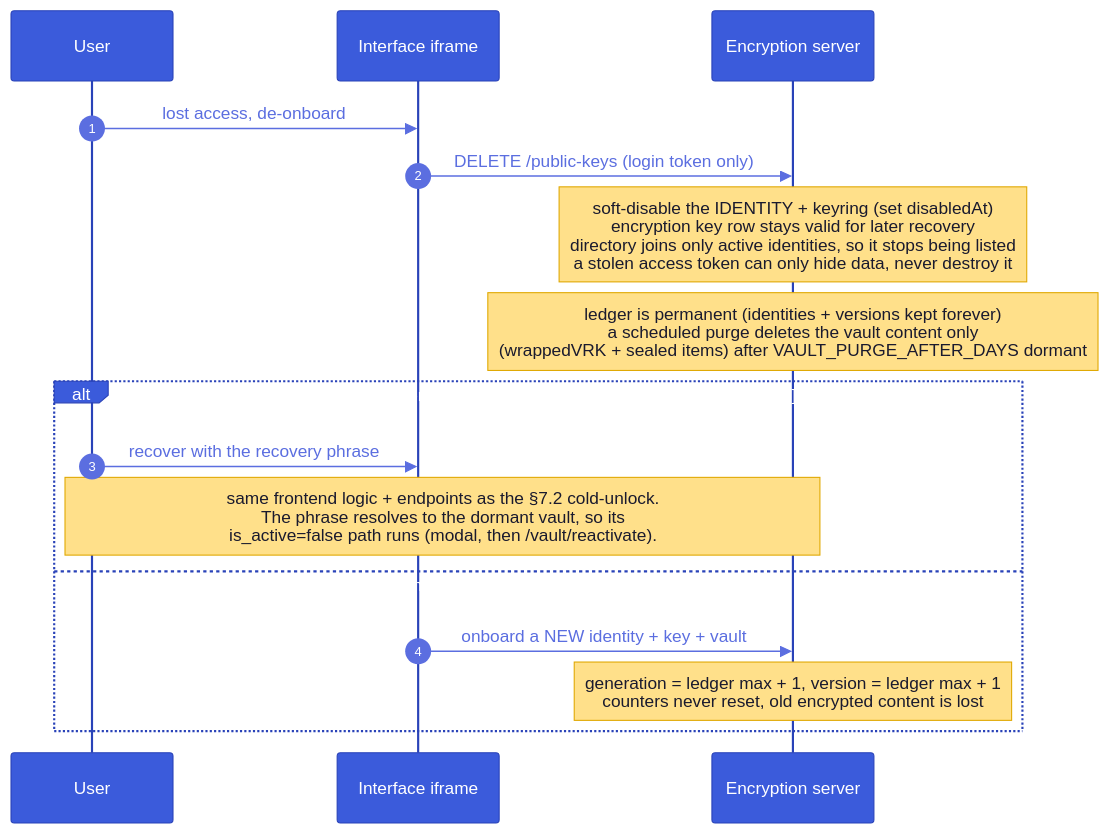
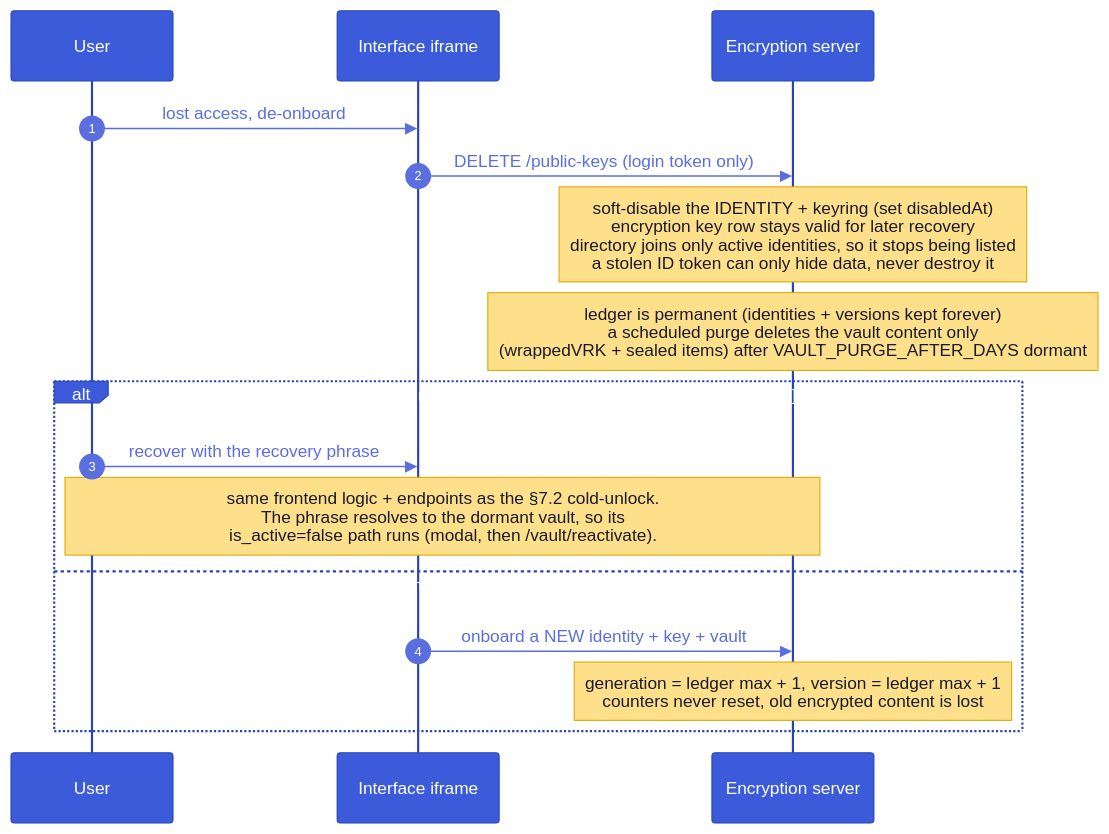
Before and after one commit to suitenumerique/encryption: diagram 19 of 24 in architecture.md, drawn with Mermaid. The commit also changed other lines of this file and 118 other files, not shown here.

Commit message:
feat(auth): run the oidc login on the server as a confidential client and authenticate the interface with the id token + step-up for identity replacement

````diff
--- a/architecture.md
+++ b/architecture.md
@@ -1285,19 +1304,19 @@
 ```mermaid
 %%{init: {'theme':'base','look':'classic','themeVariables':{'actorBkg':'#3b5bdb','actorTextColor':'#fff','actorBorder':'#2942b8','signalColor':'#5b6ee0','signalTextColor':'#5b6ee0','noteBkgColor':'#ffe08a','noteTextColor':'#1a1a2e','noteBorderColor':'#e0a800','sequenceNumberColor':'#fff'}}}%%
 sequenceDiagram
   autonumber
   participant U as User
   participant V as Interface iframe
   participant API as Encryption server
   U->>V: lost access, de-onboard
   V->>API: DELETE /public-keys (login token only)
-  Note over API: soft-disable the IDENTITY + keyring (set disabledAt)<br/>encryption key row stays valid for later recovery<br/>directory joins only active identities, so it stops being listed<br/>a stolen access token can only hide data, never destroy it
+  Note over API: soft-disable the IDENTITY + keyring (set disabledAt)<br/>encryption key row stays valid for later recovery<br/>directory joins only active identities, so it stops being listed<br/>a stolen ID token can only hide data, never destroy it
   Note over API: ledger is permanent (identities + versions kept forever)<br/>a scheduled purge deletes the vault content only<br/>(wrappedVRK + sealed items) after VAULT_PURGE_AFTER_DAYS dormant
   alt within retention window, user re-enters the recovery phrase
     U->>V: recover with the recovery phrase
     Note over U,API: same frontend logic + endpoints as the §7.2 cold-unlock.<br/>The phrase resolves to the dormant vault, so its<br/>is_active=false path runs (modal, then /vault/reactivate).
   else phrase matches nothing or vault already purged
     V->>API: onboard a NEW identity + key + vault
     Note over API: generation = ledger max + 1, version = ledger max + 1<br/>counters never reset, old encrypted content is lost
   end
 ```
````
